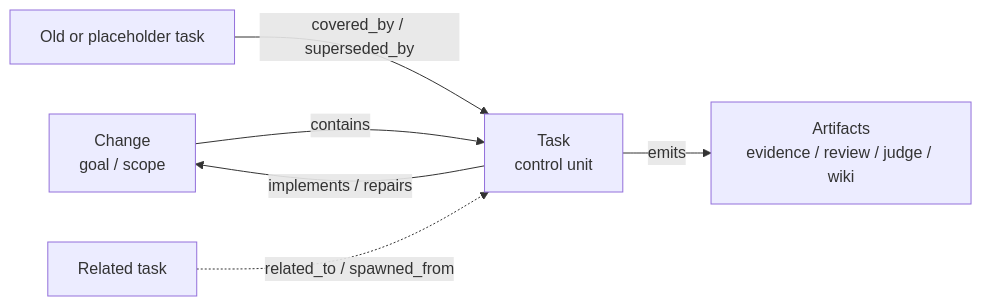
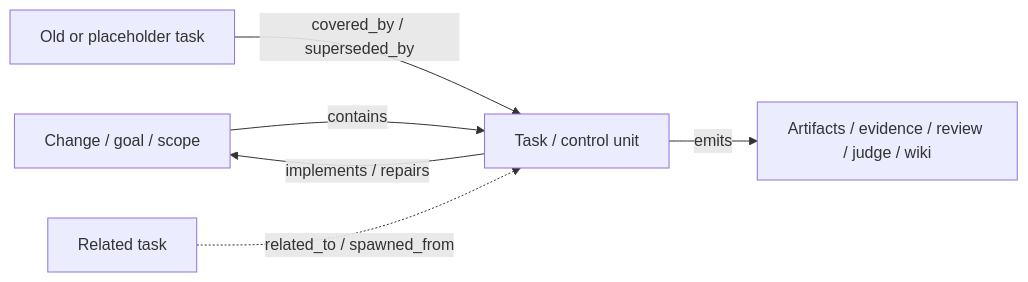
One commit to geebytes/kata changed the third of 6 diagrams in README.md. Above: the diagram before and after it, drawn with Mermaid. The commit also changed other lines of this file and 1 other file, not shown here.

Commit message:
docs: fix mermaid diagrams — replace br tags with plain text separators

````diff
--- a/README.md
+++ b/README.md
@@ -129,8 +129,8 @@
 ```mermaid
 flowchart LR
-    CH["Change<br/>goal / scope"] -->|contains| T["Task<br/>control unit"]
+    CH["Change / goal / scope"] -->|contains| T["Task / control unit"]
     T -->|implements / repairs| CH
-    T -->|emits| ART["Artifacts<br/>evidence / review / judge / wiki"]
+    T -->|emits| ART["Artifacts / evidence / review / judge / wiki"]
     OLD["Old or placeholder task"] -->|covered_by / superseded_by| T
     T2["Related task"] -. "related_to / spawned_from" .-> T
 ```
````
